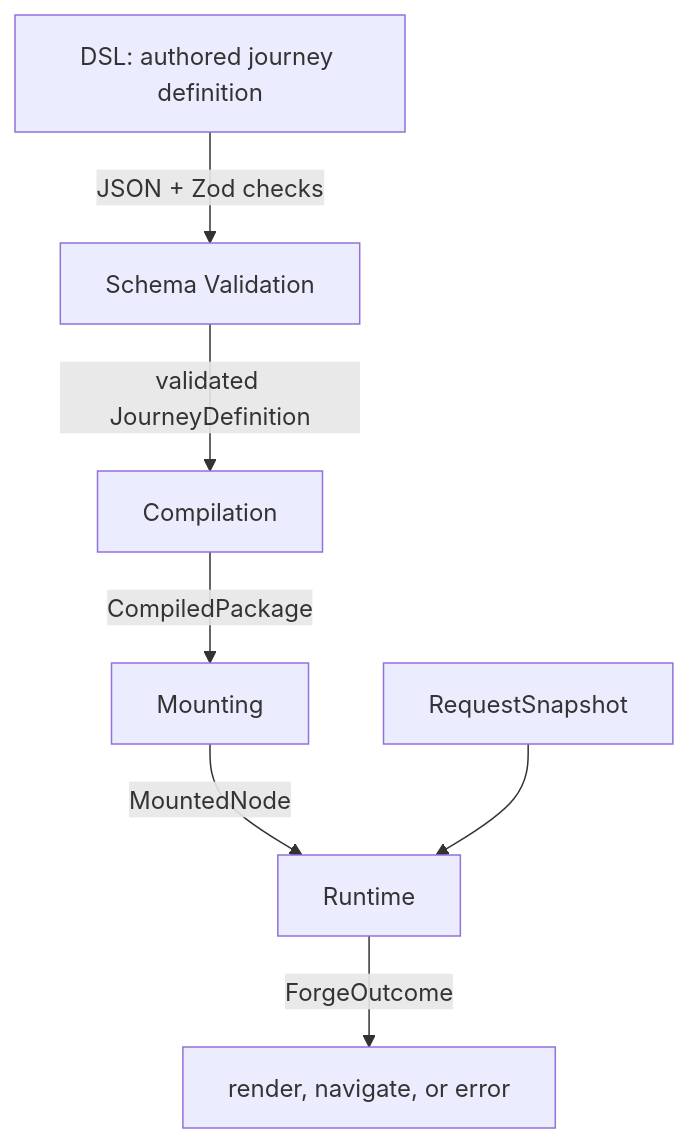
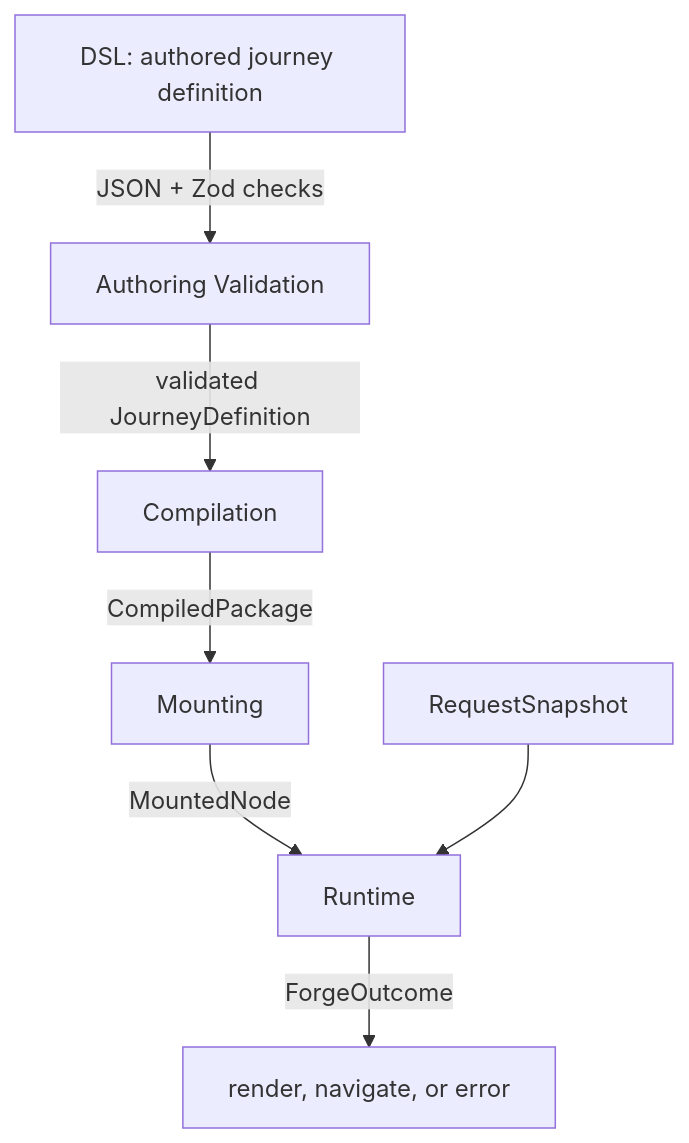
The first of 3 diagrams in packages/forge-core/src/engine/README.md (ministryofjustice/hmpps-forge), drawn with Mermaid before and after one commit. The commit also changed other lines of this file and 38 other files, not shown here.

````diff
--- a/packages/forge-core/src/engine/README.md
+++ b/packages/forge-core/src/engine/README.md
@@ -17,9 +30,9 @@
 ```mermaid
 flowchart TD
-  dsl["DSL: authored journey definition"] -->|"JSON + Zod checks"| schema["Schema Validation"]
+  dsl["DSL: authored journey definition"] -->|"JSON + Zod checks"| schema["Authoring Validation"]
   schema -->|"validated JourneyDefinition"| compilation["Compilation"]
   compilation -->|"CompiledPackage"| mounting["Mounting"]
   mounting -->|"MountedNode"| runtime["Runtime"]
   request["RequestSnapshot"] --> runtime
   runtime -->|"ForgeOutcome"| outcome["render, navigate, or error"]
 ```
````
